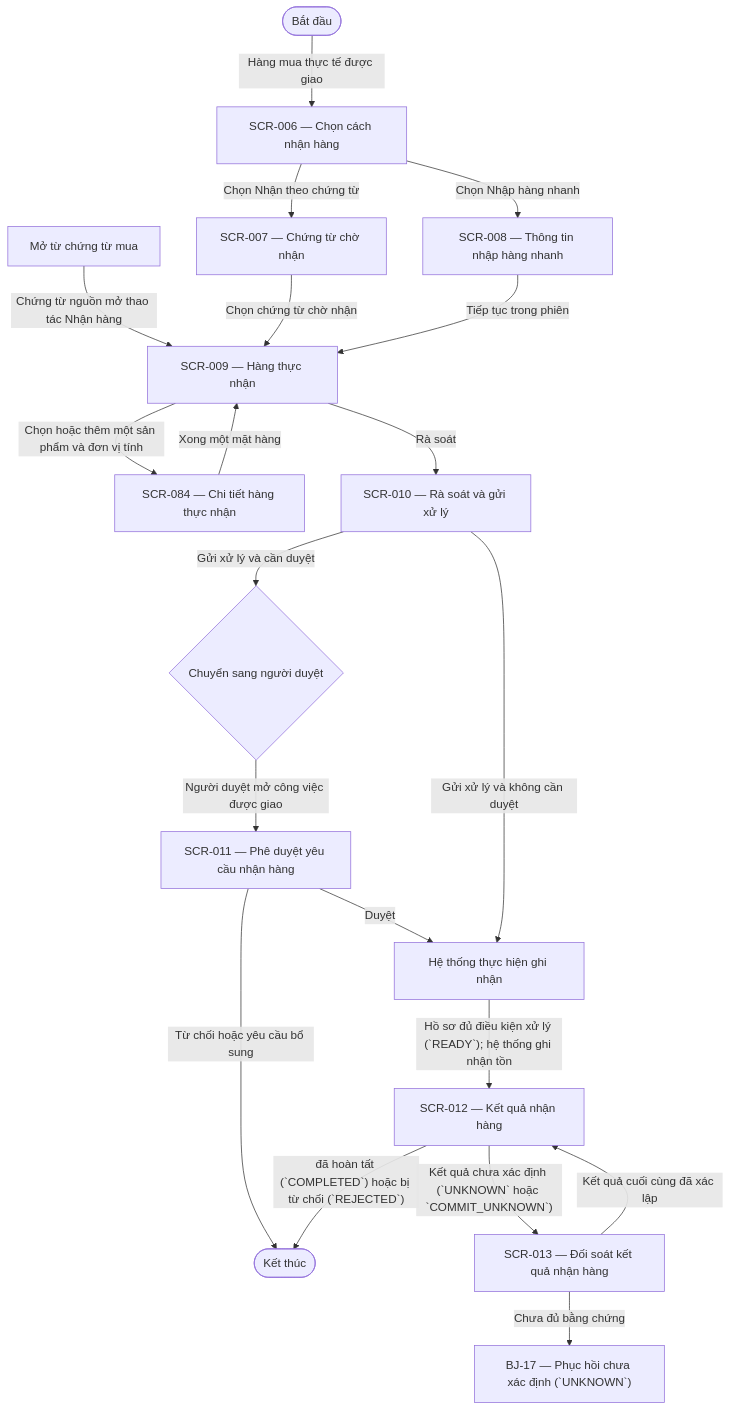
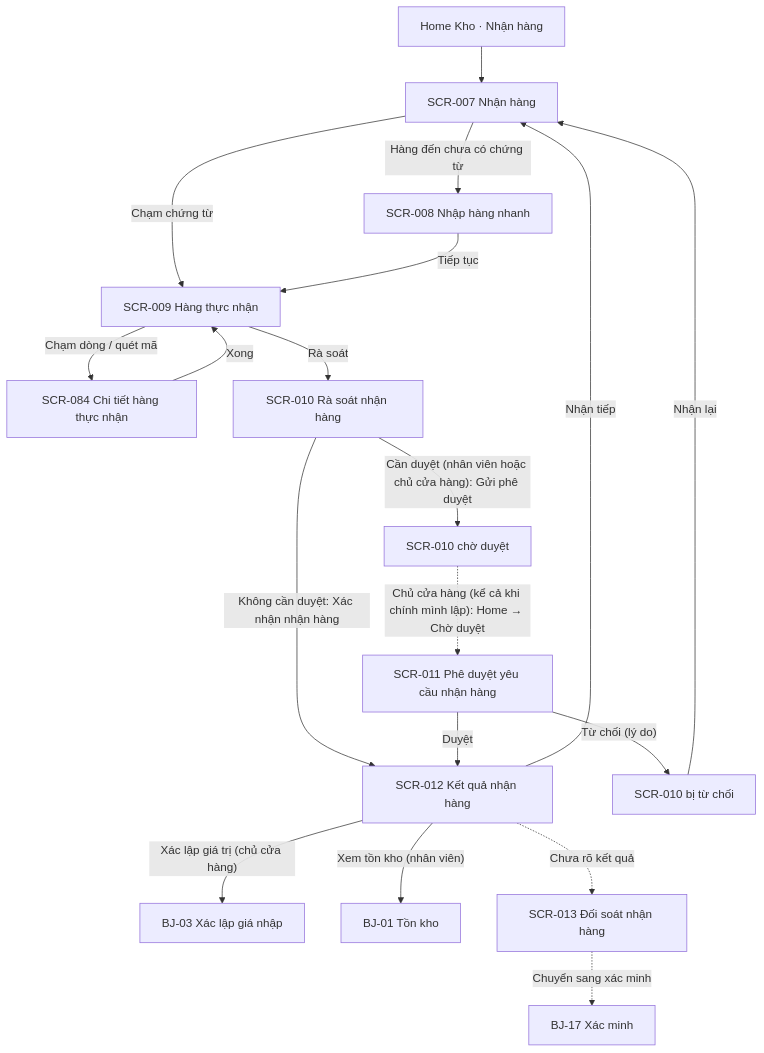
One commit to DsChien102/erp-sales-inventory changed the diagram in specs/themes/theme-07/03.design/flows/UIF-02-BJ-02.md. Above: the diagram before and after it, drawn with Mermaid. The commit also changed other lines of this file and 90 other files, not shown here.

````diff
--- a/specs/themes/theme-07/03.design/flows/UIF-02-BJ-02.md
+++ b/specs/themes/theme-07/03.design/flows/UIF-02-BJ-02.md
@@ -43,37 +40,21 @@
 ```mermaid
 flowchart TD
-    BEGIN(["Bắt đầu"])
-    SCR_006["SCR-006 — Chọn cách nhận hàng"]
-    CONTEXT_PURCHASE["Mở từ chứng từ mua"]
-    SCR_009["SCR-009 — Hàng thực nhận"]
-    SCR_007["SCR-007 — Chứng từ chờ nhận"]
-    SCR_008["SCR-008 — Thông tin nhập hàng nhanh"]
-    SCR_084["SCR-084 — Chi tiết hàng thực nhận"]
-    SCR_010["SCR-010 — Rà soát và gửi xử lý"]
-    HANDOFF_APPROVAL{"Chuyển sang người duyệt"}
-    SCR_011["SCR-011 — Phê duyệt yêu cầu nhận hàng"]
-    END(["Kết thúc"])
-    SYSTEM_EXECUTE["Hệ thống thực hiện ghi nhận"]
-    SCR_012["SCR-012 — Kết quả nhận hàng"]
-    SCR_013["SCR-013 — Đối soát kết quả nhận hàng"]
-    BJ_17["BJ-17 — Phục hồi chưa xác định (`UNKNOWN`)"]
-    BEGIN -->|"Hàng mua thực tế được giao"| SCR_006
-    CONTEXT_PURCHASE -->|"Chứng từ nguồn mở thao tác Nhận hàng"| SCR_009
-    SCR_006 -->|"Chọn Nhận theo chứng từ"| SCR_007
-    SCR_006 -->|"Chọn Nhập hàng nhanh"| SCR_008
-    SCR_007 -->|"Chọn chứng từ chờ nhận"| SCR_009
-    SCR_008 -->|"Tiếp tục trong phiên"| SCR_009
-    SCR_009 -->|"Chọn hoặc thêm một sản phẩm và đơn vị tính"| SCR_084
-    SCR_084 -->|"Xong một mặt hàng"| SCR_009
-    SCR_009 -->|"Rà soát"| SCR_010
-    SCR_010 -->|"Gửi xử lý và cần duyệt"| HANDOFF_APPROVAL
-    HANDOFF_APPROVAL -->|"Người duyệt mở công việc được giao"| SCR_011
-    SCR_011 -->|"Từ chối hoặc yêu cầu bổ sung"| END
-    SCR_011 -->|"Duyệt"| SYSTEM_EXECUTE
-    SCR_010 -->|"Gửi xử lý và không cần duyệt"| SYSTEM_EXECUTE
-    SYSTEM_EXECUTE -->|"Hồ sơ đủ điều kiện xử lý (`READY`); hệ thống ghi nhận tồn"| SCR_012
-    SCR_012 -->|"đã hoàn tất (`COMPLETED`) hoặc bị từ chối (`REJECTED`)"| END
-    SCR_012 -->|"Kết quả chưa xác định (`UNKNOWN` hoặc `COMMIT_UNKNOWN`)"| SCR_013
-    SCR_013 -->|"Kết quả cuối cùng đã xác lập"| SCR_012
-    SCR_013 -->|"Chưa đủ bằng chứng"| BJ_17
+    HOME["Home Kho · Nhận hàng"] --> S007["SCR-007 Nhận hàng"]
+    S007 -->|"Chạm chứng từ"| S009["SCR-009 Hàng thực nhận"]
+    S007 -->|"Hàng đến chưa có chứng từ"| S008["SCR-008 Nhập hàng nhanh"]
+    S008 -->|"Tiếp tục"| S009
+    S009 -->|"Chạm dòng / quét mã"| S084["SCR-084 Chi tiết hàng thực nhận"]
+    S084 -->|"Xong"| S009
+    S009 -->|"Rà soát"| S010["SCR-010 Rà soát nhận hàng"]
+    S010 -->|"Không cần duyệt: Xác nhận nhận hàng"| S012["SCR-012 Kết quả nhận hàng"]
+    S010 -->|"Cần duyệt (nhân viên hoặc chủ cửa hàng): Gửi phê duyệt"| S010P["SCR-010 chờ duyệt"]
+    S010P -.->|"Chủ cửa hàng (kể cả khi chính mình lập): Home → Chờ duyệt"| S011["SCR-011 Phê duyệt yêu cầu nhận hàng"]
+    S011 -->|"Duyệt"| S012
+    S011 -->|"Từ chối (lý do)"| S010R["SCR-010 bị từ chối"]
+    S010R -->|"Nhận lại"| S007
+    S012 -->|"Xác lập giá trị (chủ cửa hàng)"| BJ03["BJ-03 Xác lập giá nhập"]
+    S012 -->|"Xem tồn kho (nhân viên)"| BJ01["BJ-01 Tồn kho"]
+    S012 -->|"Nhận tiếp"| S007
+    S012 -.->|"Chưa rõ kết quả"| S013["SCR-013 Đối soát nhận hàng"]
+    S013 -.->|"Chuyển sang xác minh"| BJ17["BJ-17 Xác minh"]
 ```
````
